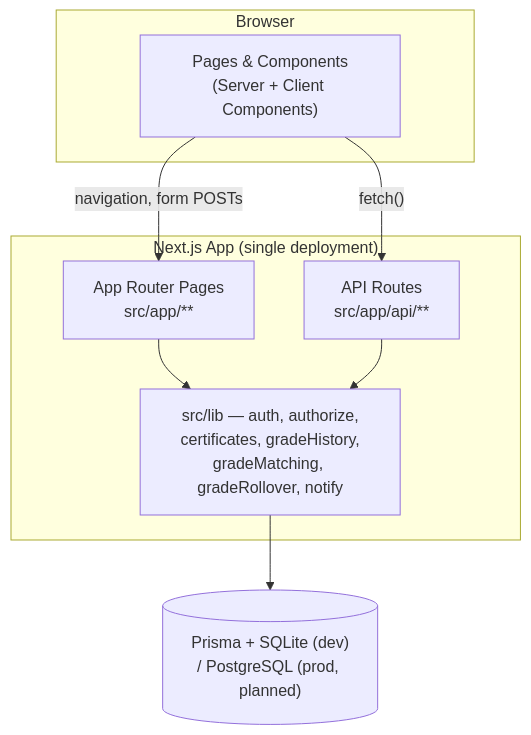
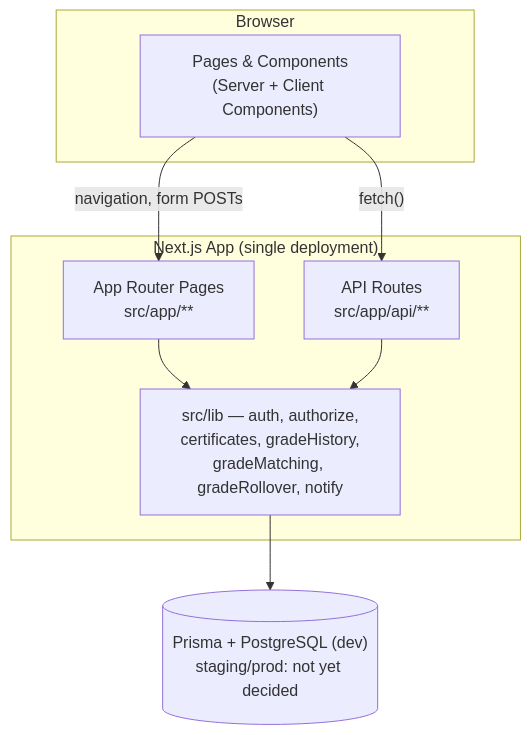
One commit to adhikariminraj/megaedu-app changed the diagram in docs/PROJECT_OVERVIEW.md. Above: the diagram before and after it, drawn with Mermaid. The commit also changed other lines of this file and 17 other files, not shown here.

First line of the commit message:
docs: document the PostgreSQL foundation and rollback runbook (PG-KM10)

````diff
--- a/docs/PROJECT_OVERVIEW.md
+++ b/docs/PROJECT_OVERVIEW.md
@@ -80,20 +80,20 @@
 ```mermaid
 flowchart TB
     subgraph Client["Browser"]
         UI["Pages & Components<br/>(Server + Client Components)"]
     end
 
     subgraph App["Next.js App (single deployment)"]
         Pages["App Router Pages<br/>src/app/**"]
         API["API Routes<br/>src/app/api/**"]
         Lib["src/lib — auth, authorize,<br/>certificates, gradeHistory,<br/>gradeMatching, gradeRollover, notify"]
     end
 
-    DB[("Prisma + SQLite (dev)<br/>/ PostgreSQL (prod, planned)")]
+    DB[("Prisma + PostgreSQL (dev)<br/>staging/prod: not yet decided")]
 
     UI -->|"navigation, form POSTs"| Pages
     UI -->|"fetch()"| API
     Pages --> Lib
     API --> Lib
     Lib --> DB
 ```
````
